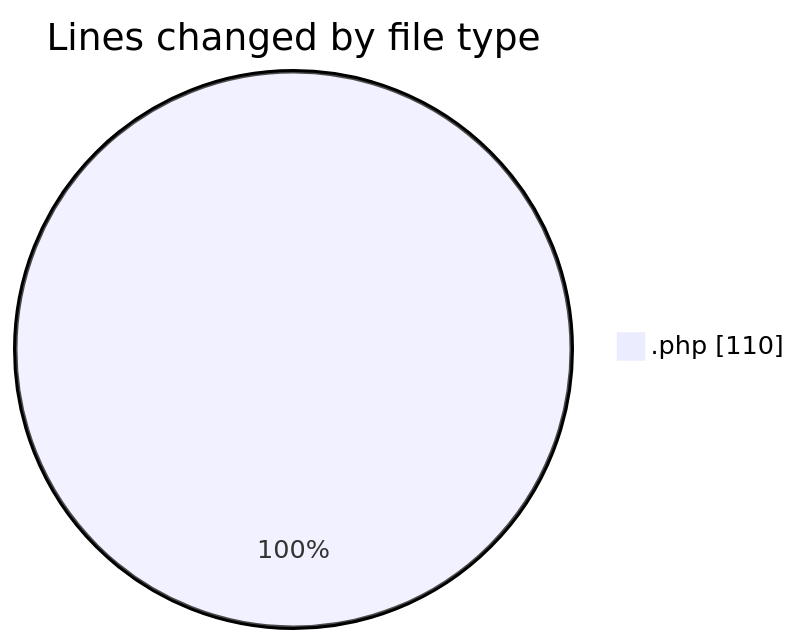
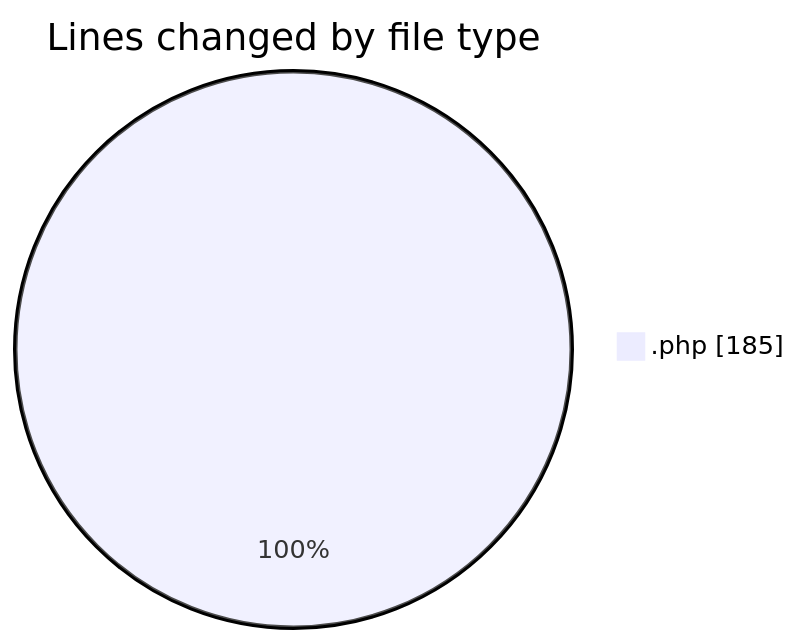
The first of 2 diagrams in 2025-04-19/autodidak/README.md (idhammustaqopulfikri/code-tracking), drawn with Mermaid before and after one commit. The commit also changed other lines of this file and 1 other file, not shown here.

````diff
--- a/2025-04-19/autodidak/README.md
+++ b/2025-04-19/autodidak/README.md
@@ -21,5 +23,5 @@
 ```mermaid
 pie showData
 title Lines changed by file type
-".php" : 110
+".php" : 185
 ```
````
